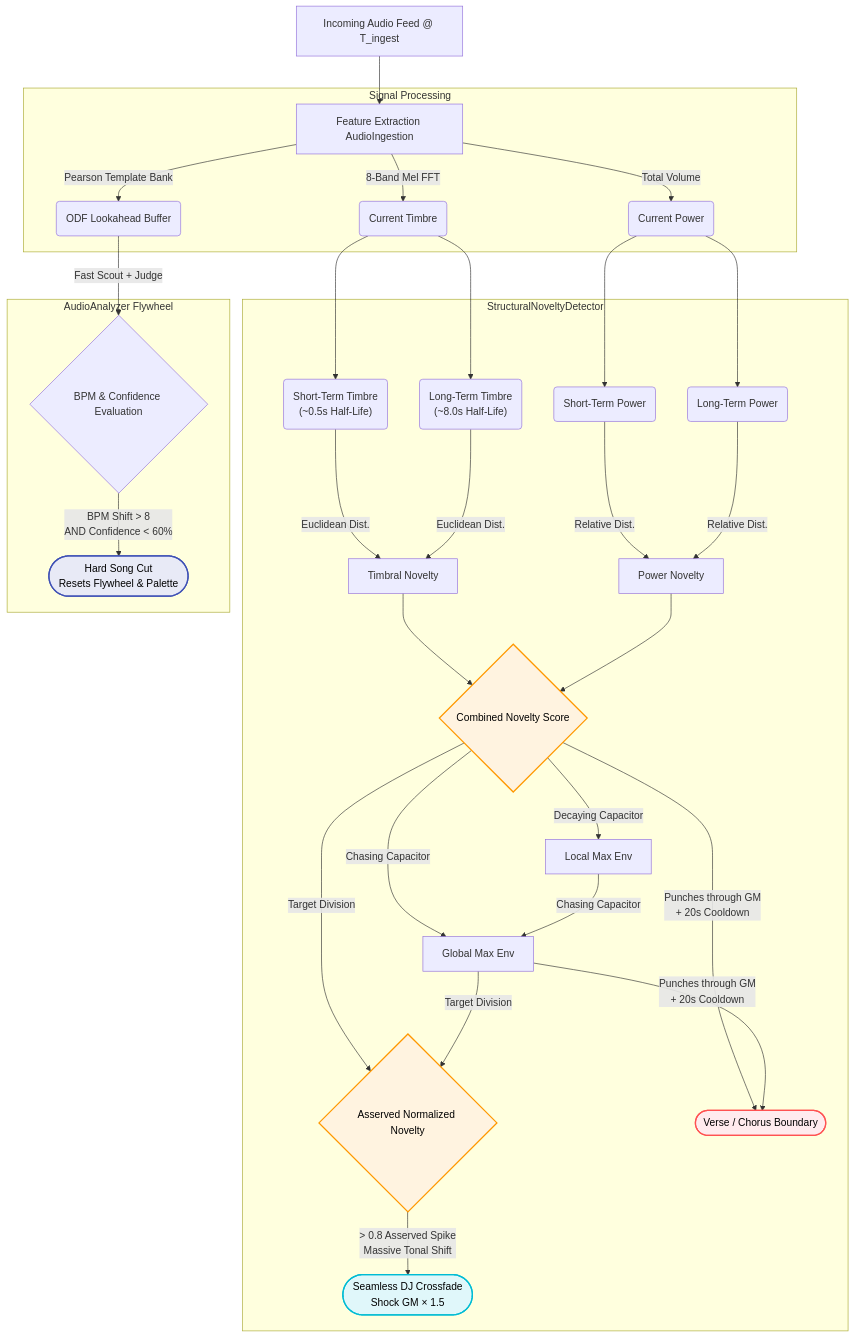
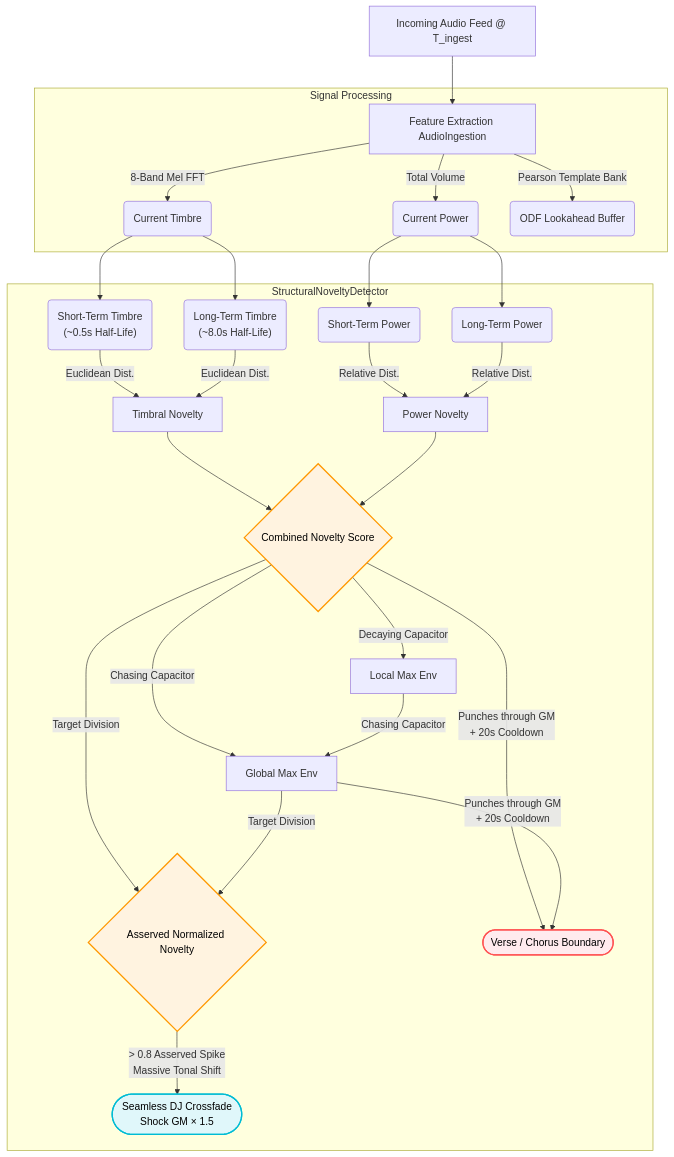
Before and after one commit to LucRobey/vialactee: the diagram in .agents/docs/music_events_architecture.md, drawn with Mermaid. The commit also changed other lines of this file and 61 other files, not shown here.

````diff
--- a/.agents/docs/music_events_architecture.md
+++ b/.agents/docs/music_events_architecture.md
@@ -79,39 +74,33 @@
 ```mermaid
 graph TD
     A[Incoming Audio Feed @ T_ingest] --> B[Feature Extraction AudioIngestion]
     
     subgraph Signal Processing
         B -->|8-Band Mel FFT| C(Current Timbre)
         B -->|Total Volume| D(Current Power)
         B -->|Pearson Template Bank| E(ODF Lookahead Buffer)
     end
     
     subgraph StructuralNoveltyDetector
         C --> F("Short-Term Timbre<br>(~0.5s Half-Life)")
         C --> G("Long-Term Timbre<br>(~8.0s Half-Life)")
         D --> H(Short-Term Power)
         D --> I(Long-Term Power)
         
         F & G -->|Euclidean Dist.| K[Timbral Novelty]
         H & I -->|Relative Dist.| L[Power Novelty]
         K & L --> M{Combined Novelty Score}
         
         M -->|Decaying Capacitor| R[Local Max Env]
         M & R -->|Chasing Capacitor| S[Global Max Env]
         M & S -->|Target Division| T{Asserved Normalized Novelty} 
 
         M & S -->|Punches through GM<br>+ 20s Cooldown| N([Verse / Chorus Boundary])
         T -->|> 0.8 Asserved Spike<br>Massive Tonal Shift| O([Seamless DJ Crossfade<br>Shock GM × 1.5])
     end
-    
-    subgraph AudioAnalyzer Flywheel
-        E -->|Fast Scout + Judge| P{BPM & Confidence Evaluation}
-        P -->|BPM Shift > 8 <br>AND Confidence < 60%| Q([Hard Song Cut<br>Resets Flywheel & Palette])
-    end
 
     style N fill:#ffebee,stroke:#ff5252,stroke-width:2px,color:#000
     style O fill:#e0f7fa,stroke:#00bcd4,stroke-width:2px,color:#000
-    style Q fill:#e8eaf6,stroke:#3f51b5,stroke-width:2px,color:#000
     style M fill:#fff3e0,stroke:#ff9800,stroke-width:2px,color:#000
     style T fill:#fff3e0,stroke:#ff9800,stroke-width:2px,color:#000
 ```
````
